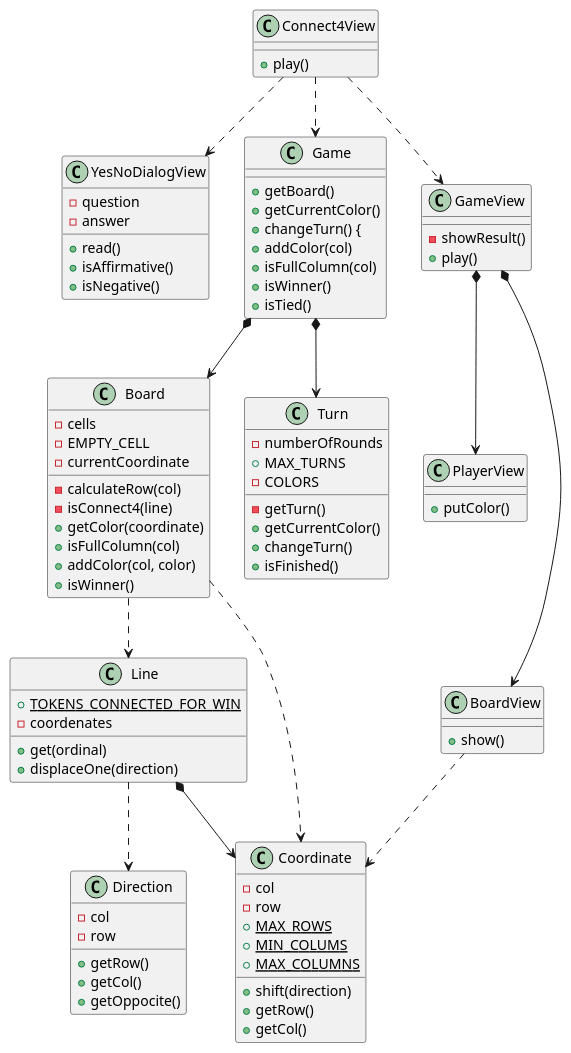
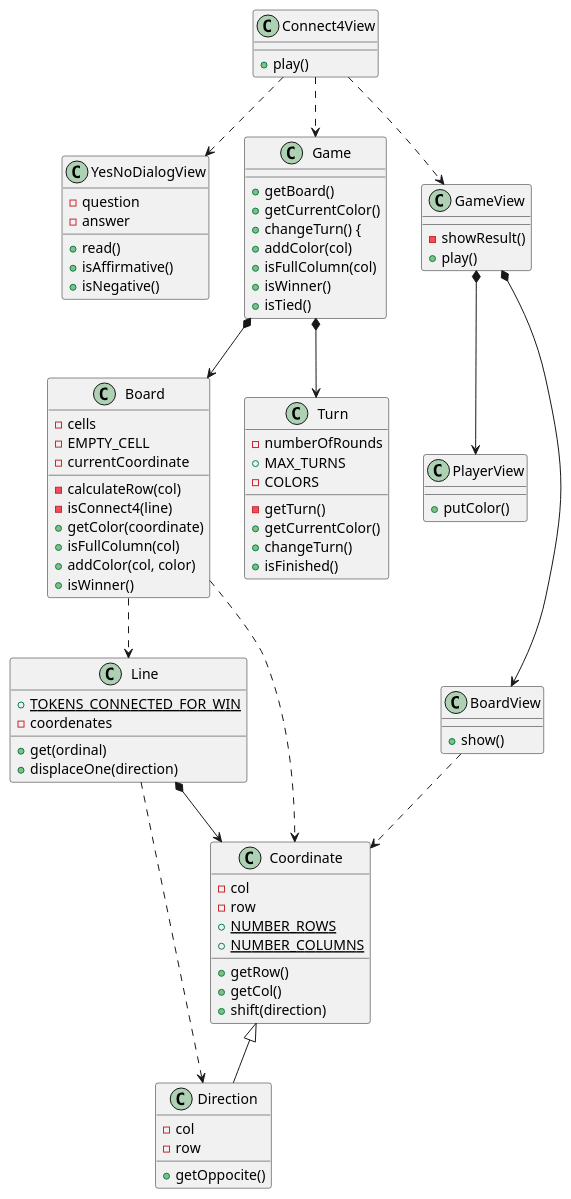
The diagram in con-vistas-separadas/v4/diagramClass.plantuml (Edmundo-Ogaz/connect4), drawn with PlantUML before and after one commit. The commit also changed 3 other files, not shown here.

```diff
--- a/con-vistas-separadas/v4/diagramClass.plantuml
+++ b/con-vistas-separadas/v4/diagramClass.plantuml
@@ -1,75 +1,73 @@
 @startuml
 Connect4View ..> YesNoDialogView
 Connect4View ..> Game
 Connect4View ..> GameView
 Connect4View : + play()
 
 YesNoDialogView : - question
 YesNoDialogView : - answer
 YesNoDialogView : + read()
 YesNoDialogView : + isAffirmative()
 YesNoDialogView : + isNegative()
 
 GameView : - showResult()
 GameView : + play()
 GameView *--> PlayerView
 GameView *--> BoardView
 
 PlayerView : + putColor()
 
 BoardView : + show()
 BoardView ..> Coordinate
 
 Game *--> Board
 Game *--> Turn
 Game : + getBoard()
 Game : + getCurrentColor()
 Game : + changeTurn() {
 Game : + addColor(col)
 Game : + isFullColumn(col)
 Game : + isWinner()
 Game : + isTied()
 
 Board ..> Line
 Board ..> Coordinate
 Board : - cells
 Board : - EMPTY_CELL
 Board : - currentCoordinate
 Board : - calculateRow(col)
 Board : - isConnect4(line)
 Board : + getColor(coordinate)
 Board : + isFullColumn(col)
 Board : + addColor(col, color)
 Board : + isWinner()
 
 Turn : - numberOfRounds
 Turn : + MAX_TURNS
 Turn : - COLORS
 Turn : - getTurn()
 Turn : + getCurrentColor()
 Turn : + changeTurn()
 Turn : + isFinished()
 
 Line : + {static} TOKENS_CONNECTED_FOR_WIN
 Line *--> Coordinate
 Line : - coordenates
 Line : + get(ordinal)
 Line : + displaceOne(direction)
 Line ..> Direction
 
 Direction : - col
 Direction : - row
-Direction : + getRow()
-Direction : + getCol()
 Direction : + getOppocite()
 
 Coordinate : - col
 Coordinate : - row
-Coordinate : + shift(direction)
 Coordinate : + getRow()
 Coordinate : + getCol()
-Coordinate : + {static} MAX_ROWS
-Coordinate : + {static} MIN_COLUMS
-Coordinate : + {static} MAX_COLUMNS
+Coordinate : + shift(direction)
+Coordinate : + {static} NUMBER_ROWS
+Coordinate : + {static} NUMBER_COLUMNS
+Coordinate <|--  Direction
 
 @enduml
```
